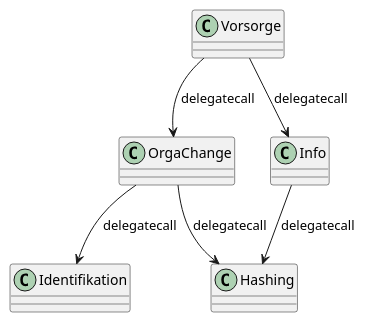
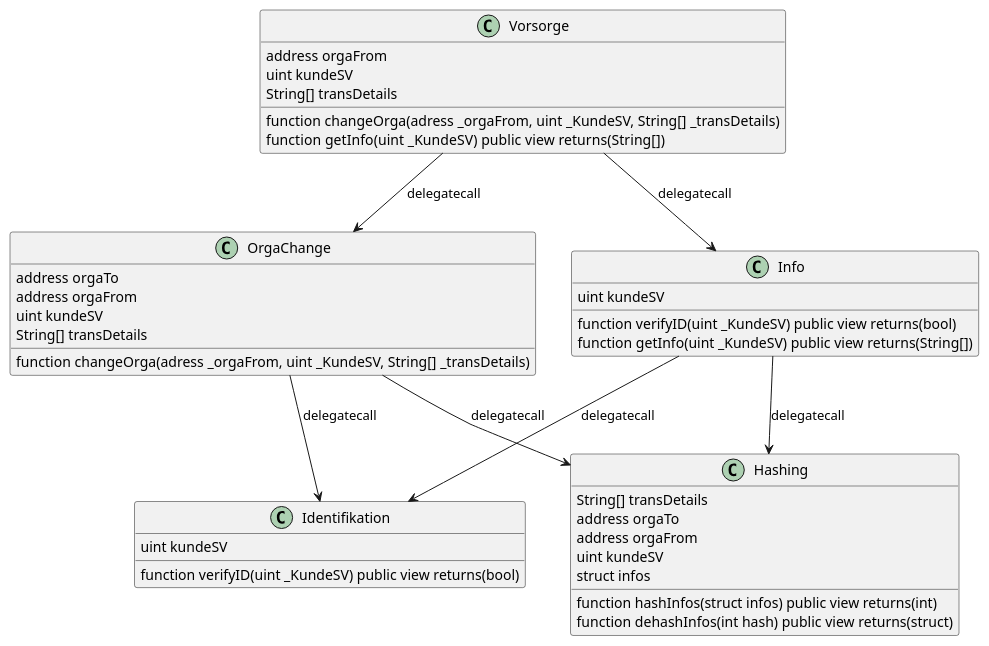
Before and after one commit to TK5-Tim/Unibas-BCC2019-VVS: the diagram in docs/VVS.puml, drawn with PlantUML. The commit also changed 1 other file, not shown here.

Commit message:
create UML version 2.0

```diff
--- a/docs/VVS.puml
+++ b/docs/VVS.puml
@@ -1,13 +1,41 @@
 @startuml VVS_classes
-class Vorsorge
-class OrgaChange
-class Info
-class Identifikation
-class Hashing
+class Vorsorge {
+    address orgaFrom
+    uint kundeSV
+    String[] transDetails
+    function changeOrga(adress _orgaFrom, uint _KundeSV, String[] _transDetails)
+    function getInfo(uint _KundeSV)  public view returns(String[])
+}
+class OrgaChange {
+    address orgaTo
+    address orgaFrom
+    uint kundeSV
+    String[] transDetails
+    function changeOrga(adress _orgaFrom, uint _KundeSV, String[] _transDetails)
+}
+class Info {
+    uint kundeSV
+    function verifyID(uint _KundeSV) public view returns(bool)
+    function getInfo(uint _KundeSV) public view returns(String[])
+}
+class Identifikation {
+    uint kundeSV
+    function verifyID(uint _KundeSV) public view returns(bool)
+}
+class Hashing {
+    String[] transDetails 
+    address orgaTo
+    address orgaFrom
+    uint kundeSV 
+    struct infos 
+    function hashInfos(struct infos) public view returns(int)
+    function dehashInfos(int hash) public view returns(struct)
+}
 Vorsorge --> OrgaChange : delegatecall
 Vorsorge --> Info : delegatecall
 OrgaChange --> Identifikation : delegatecall
+Info --> Identifikation: delegatecall
 Info --> Hashing: delegatecall
 OrgaChange --> Hashing: delegatecall
 
 @enduml
```
